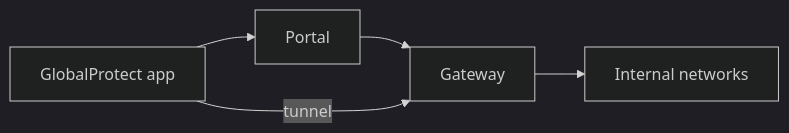
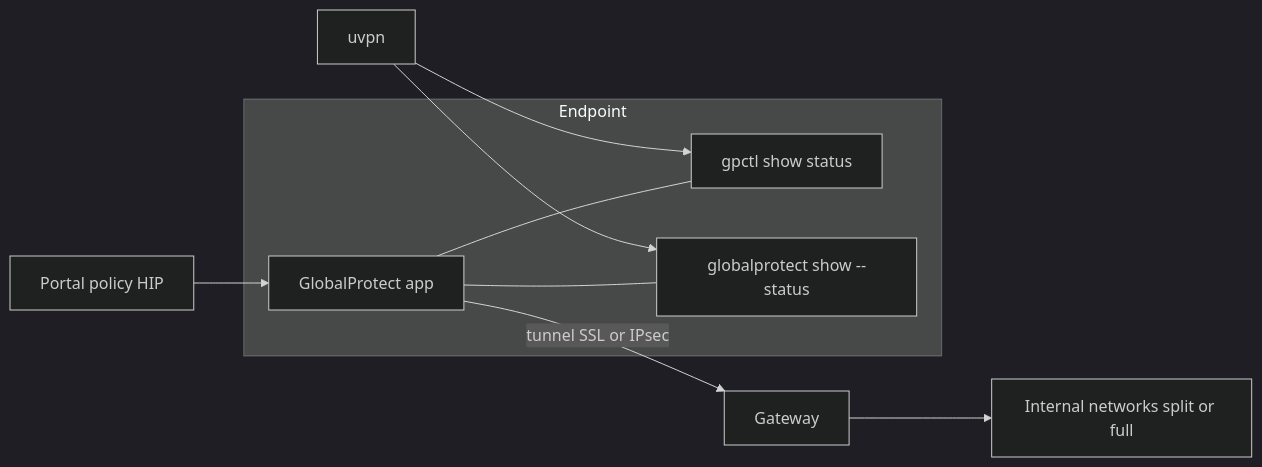
One commit to roto31/Tunnel-Monitor---Universal changed the first of 4 diagrams in docs/vpn-solutions/palo-alto-globalprotect.md. Above: the diagram before and after it, drawn with Mermaid (dark theme). The commit also changed other lines of this file and 25 other files, not shown here.

First line of the commit message:
Docs: add vendor citations, topology SVGs, and updated Mermaid.

````diff
--- a/docs/vpn-solutions/palo-alto-globalprotect.md
+++ b/docs/vpn-solutions/palo-alto-globalprotect.md
@@ -25,7 +29,15 @@
 ```mermaid
 flowchart LR
-    GP[GlobalProtect app] --> PORTAL[Portal]
-    PORTAL --> GW[Gateway]
-    GP -->|tunnel| GW
-    GW --> LAN[Internal networks]
+    subgraph endpoint [Endpoint]
+        GP[GlobalProtect app]
+        G1[gpctl show status]
+        G2[globalprotect show --status]
+        GP --- G1
+        GP --- G2
+    end
+    PORTAL[Portal policy HIP] --> GP
+    GP -->|tunnel SSL or IPsec| GW[Gateway]
+    GW --> LAN[Internal networks split or full]
+    uvpn --> G1
+    uvpn --> G2
 ```
````
